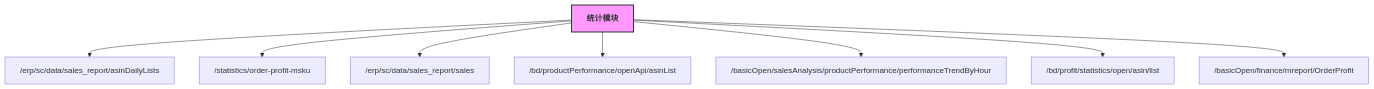
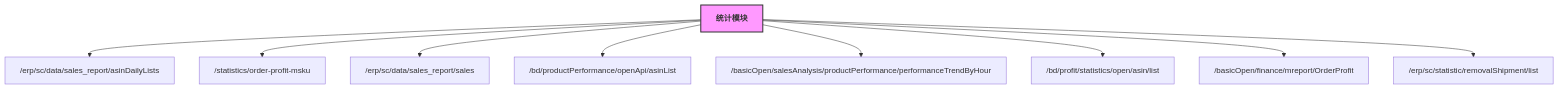
Before and after one commit to deng20000/RPA_Tornado: the second of 6 diagrams in README.md, drawn with Mermaid. The commit also changed other lines of this file and 150 other files, not shown here.

````diff
--- a/README.md
+++ b/README.md
@@ -26,19 +39,21 @@
 ```mermaid
 graph TD
     统计["<b>统计模块</b>"]
     统计1["/erp/sc/data/sales_report/asinDailyLists"]
     统计2["/statistics/order-profit-msku"]
     统计3["/erp/sc/data/sales_report/sales"]
     统计4["/bd/productPerformance/openApi/asinList"]
     统计5["/basicOpen/salesAnalysis/productPerformance/performanceTrendByHour"]
     统计6["/bd/profit/statistics/open/asin/list"]
     统计7["/basicOpen/finance/mreport/OrderProfit"]
+    统计8["/erp/sc/statistic/removalShipment/list"]
     统计 --> 统计1
     统计 --> 统计2
     统计 --> 统计3
     统计 --> 统计4
     统计 --> 统计5
     统计 --> 统计6
     统计 --> 统计7
+    统计 --> 统计8
     style 统计 fill:#f9f,stroke:#333,stroke-width:2px
 ```
````
